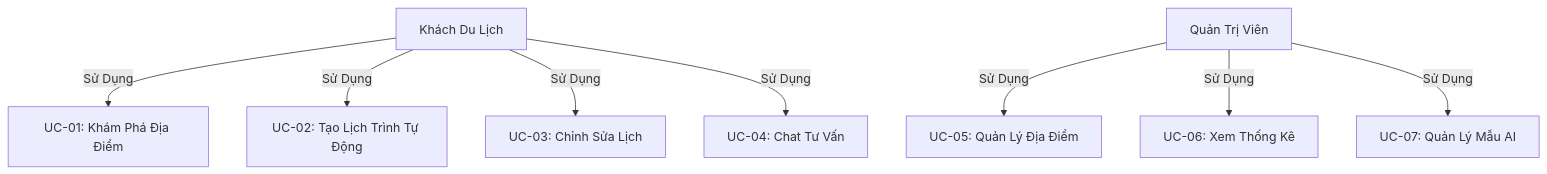
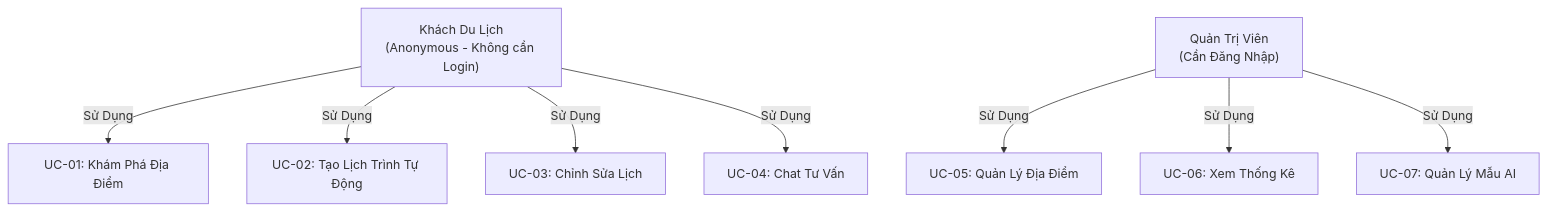
The fifth of 10 diagrams in docs/ARCHITECTURE.md (Doggie-H/Dana-Travel), drawn with Mermaid before and after one commit. The commit also changed other lines of this file, not shown here.

````diff
--- a/docs/ARCHITECTURE.md
+++ b/docs/ARCHITECTURE.md
@@ -298,22 +327,22 @@
 ```mermaid
 graph TB
-    User["Khách Du Lịch"]
-    Admin["Quản Trị Viên"]
+    User["Khách Du Lịch<br/>(Anonymous - Không cần Login)"]
+    Admin["Quản Trị Viên<br/>(Cần Đăng Nhập)"]
 
     UC1["UC-01: Khám Phá Địa Điểm"]
     UC2["UC-02: Tạo Lịch Trình Tự Động"]
     UC3["UC-03: Chỉnh Sửa Lịch"]
     UC4["UC-04: Chat Tư Vấn"]
     UC5["UC-05: Quản Lý Địa Điểm"]
     UC6["UC-06: Xem Thống Kê"]
     UC7["UC-07: Quản Lý Mẫu AI"]
 
     User -->|Sử Dụng| UC1
     User -->|Sử Dụng| UC2
     User -->|Sử Dụng| UC3
     User -->|Sử Dụng| UC4
 
     Admin -->|Sử Dụng| UC5
     Admin -->|Sử Dụng| UC6
     Admin -->|Sử Dụng| UC7
 ```
````
